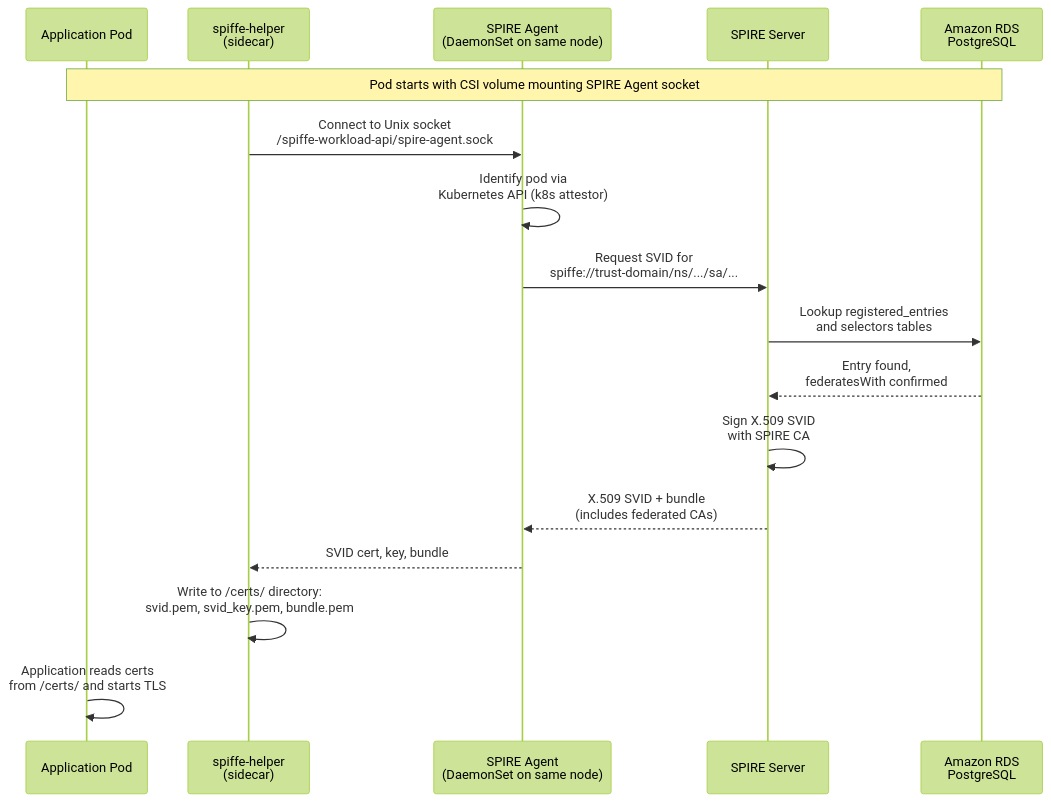
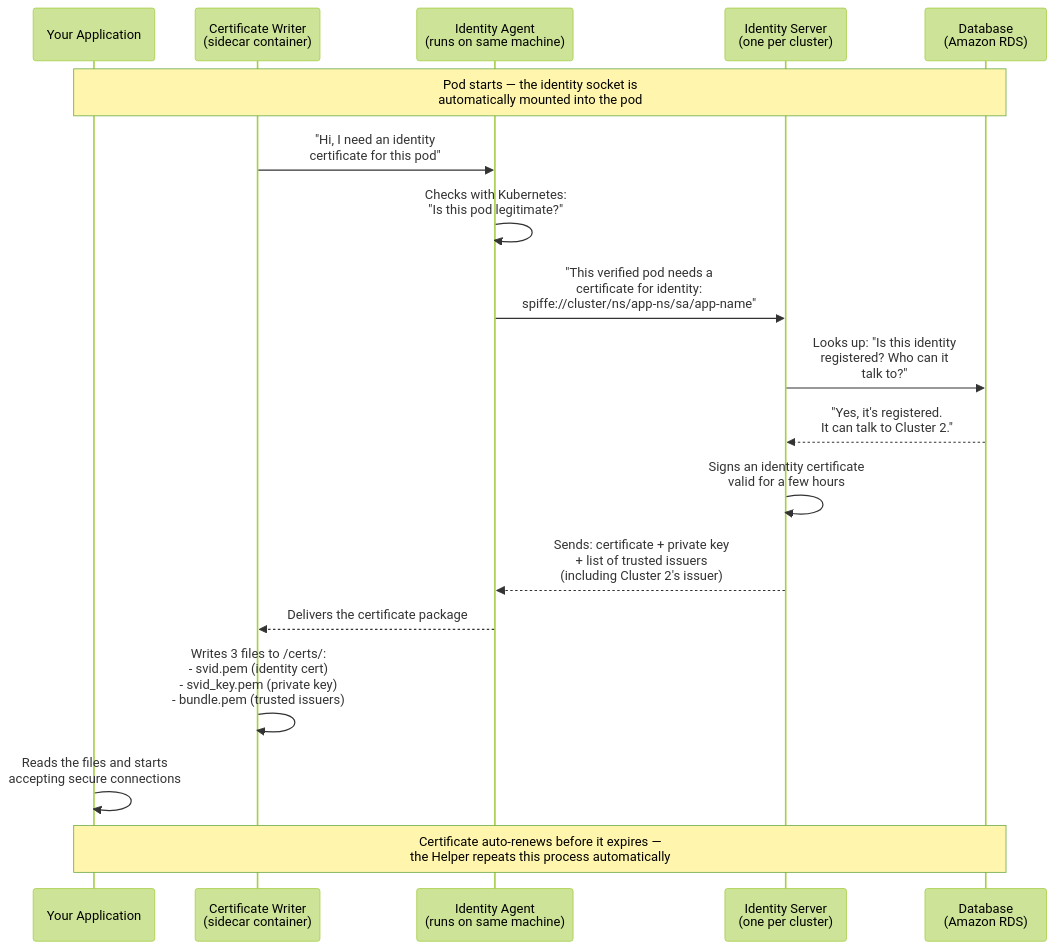
The fourth of 7 diagrams in SPIFFE-Federation-RDS-Flowchart.md (sayak-redhat/redhat-openshift-onboarding), drawn with Mermaid (forest theme) before and after one commit. The commit also changed other lines of this file, not shown here.

First line of the commit message:
Rewrite flowchart for beginners - plain English, analogies, jargon decoder

````diff
--- a/SPIFFE-Federation-RDS-Flowchart.md
+++ b/SPIFFE-Federation-RDS-Flowchart.md
@@ -160,21 +172,23 @@
 ```mermaid
 sequenceDiagram
-    participant Pod as Application Pod
-    participant Helper as spiffe-helper<br/>(sidecar)
-    participant Agent as SPIRE Agent<br/>(DaemonSet on same node)
-    participant Server as SPIRE Server
-    participant RDS as Amazon RDS<br/>PostgreSQL
+    participant App as Your Application
+    participant Helper as Certificate Writer<br/>(sidecar container)
+    participant Agent as Identity Agent<br/>(runs on same machine)
+    participant Server as Identity Server<br/>(one per cluster)
+    participant DB as Database<br/>(Amazon RDS)
 
-    Note over Pod,RDS: Pod starts with CSI volume mounting SPIRE Agent socket
+    Note over App,DB: Pod starts — the identity socket is<br/>automatically mounted into the pod
 
-    Helper->>Agent: Connect to Unix socket<br/>/spiffe-workload-api/spire-agent.sock
-    Agent->>Agent: Identify pod via<br/>Kubernetes API (k8s attestor)
-    Agent->>Server: Request SVID for<br/>spiffe://trust-domain/ns/.../sa/...
-    Server->>RDS: Lookup registered_entries<br/>and selectors tables
-    RDS-->>Server: Entry found,<br/>federatesWith confirmed
-    Server->>Server: Sign X.509 SVID<br/>with SPIRE CA
-    Server-->>Agent: X.509 SVID + bundle<br/>(includes federated CAs)
-    Agent-->>Helper: SVID cert, key, bundle
-    Helper->>Helper: Write to /certs/ directory:<br/>svid.pem, svid_key.pem, bundle.pem
-    Pod->>Pod: Application reads certs<br/>from /certs/ and starts TLS
+    Helper->>Agent: "Hi, I need an identity<br/>certificate for this pod"
+    Agent->>Agent: Checks with Kubernetes:<br/>"Is this pod legitimate?"
+    Agent->>Server: "This verified pod needs a<br/>certificate for identity:<br/>spiffe://cluster/ns/app-ns/sa/app-name"
+    Server->>DB: Looks up: "Is this identity<br/>registered? Who can it<br/>talk to?"
+    DB-->>Server: "Yes, it's registered.<br/>It can talk to Cluster 2."
+    Server->>Server: Signs an identity certificate<br/>valid for a few hours
+    Server-->>Agent: Sends: certificate + private key<br/>+ list of trusted issuers<br/>(including Cluster 2's issuer)
+    Agent-->>Helper: Delivers the certificate package
+    Helper->>Helper: Writes 3 files to /certs/:<br/>- svid.pem (identity cert)<br/>- svid_key.pem (private key)<br/>- bundle.pem (trusted issuers)
+    App->>App: Reads the files and starts<br/>accepting secure connections
+    
+    Note over App,DB: Certificate auto-renews before it expires —<br/>the Helper repeats this process automatically
 ```
````
